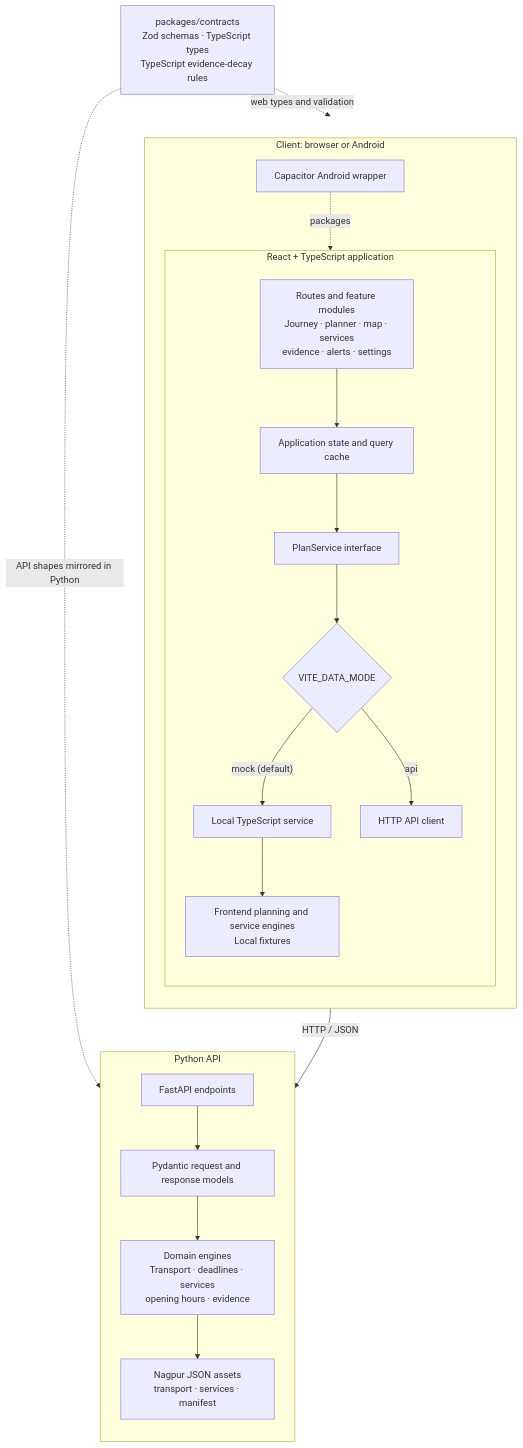
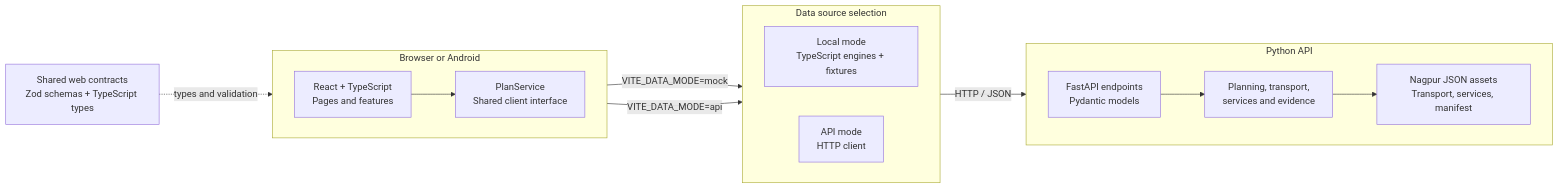
Before and after one commit to inshrashaikh/Noctra: the diagram in README.md, drawn with Mermaid. The commit also changed other lines of this file, not shown here.

````diff
--- a/README.md
+++ b/README.md
@@ -36,38 +39,30 @@
 ```mermaid
-flowchart TB
-  subgraph Client["Client: browser or Android"]
-    direction TB
-    Capacitor["Capacitor Android wrapper"] -. packages .-> WebApp
-
-    subgraph WebApp["React + TypeScript application"]
-      direction TB
-      Features["Routes and feature modules<br/>Journey · planner · map · services<br/>evidence · alerts · settings"]
-      State["Application state and query cache"]
-      Boundary["PlanService interface"]
-      Select{"VITE_DATA_MODE"}
-      Local["Local TypeScript service"]
-      LocalEngines["Frontend planning and service engines<br/>Local fixtures"]
-      ApiClient["HTTP API client"]
-
-      Features --> State --> Boundary --> Select
-      Select -->|"mock (default)"| Local --> LocalEngines
-      Select -->|"api"| ApiClient
-    end
+flowchart LR
+  subgraph Client["Browser or Android"]
+    direction LR
+    UI["React + TypeScript<br/>Pages and features"]
+    Service["PlanService<br/>Shared client interface"]
+    UI --> Service
   end
 
-  subgraph Api["Python API"]
-    direction TB
-    Routes["FastAPI endpoints"]
-    Models["Pydantic request and response models"]
-    Engines["Domain engines<br/>Transport · deadlines · services<br/>opening hours · evidence"]
-    Data["Nagpur JSON assets<br/>transport · services · manifest"]
-
-    Routes --> Models --> Engines --> Data
+  subgraph Sources["Data source selection"]
+    direction LR
+    Local["Local mode<br/>TypeScript engines + fixtures"]
+    Http["API mode<br/>HTTP client"]
   end
 
-  ApiClient -->|"HTTP / JSON"| Routes
+  subgraph Backend["Python API"]
+    direction LR
+    FastAPI["FastAPI endpoints<br/>Pydantic models"]
+    Engines["Planning, transport,<br/>services and evidence"]
+    Data["Nagpur JSON assets<br/>Transport, services, manifest"]
+    FastAPI --> Engines --> Data
+  end
 
-  Contracts["packages/contracts<br/>Zod schemas · TypeScript types<br/>TypeScript evidence-decay rules"]
-  Contracts -. "web types and validation" .-> WebApp
-  Contracts -. "API shapes mirrored in Python" .-> Models
+  Contracts["Shared web contracts<br/>Zod schemas + TypeScript types"]
+
+  Service -->|"VITE_DATA_MODE=mock"| Local
+  Service -->|"VITE_DATA_MODE=api"| Http
+  Http -->|"HTTP / JSON"| FastAPI
+  Contracts -. "types and validation" .-> UI
 ```
````
